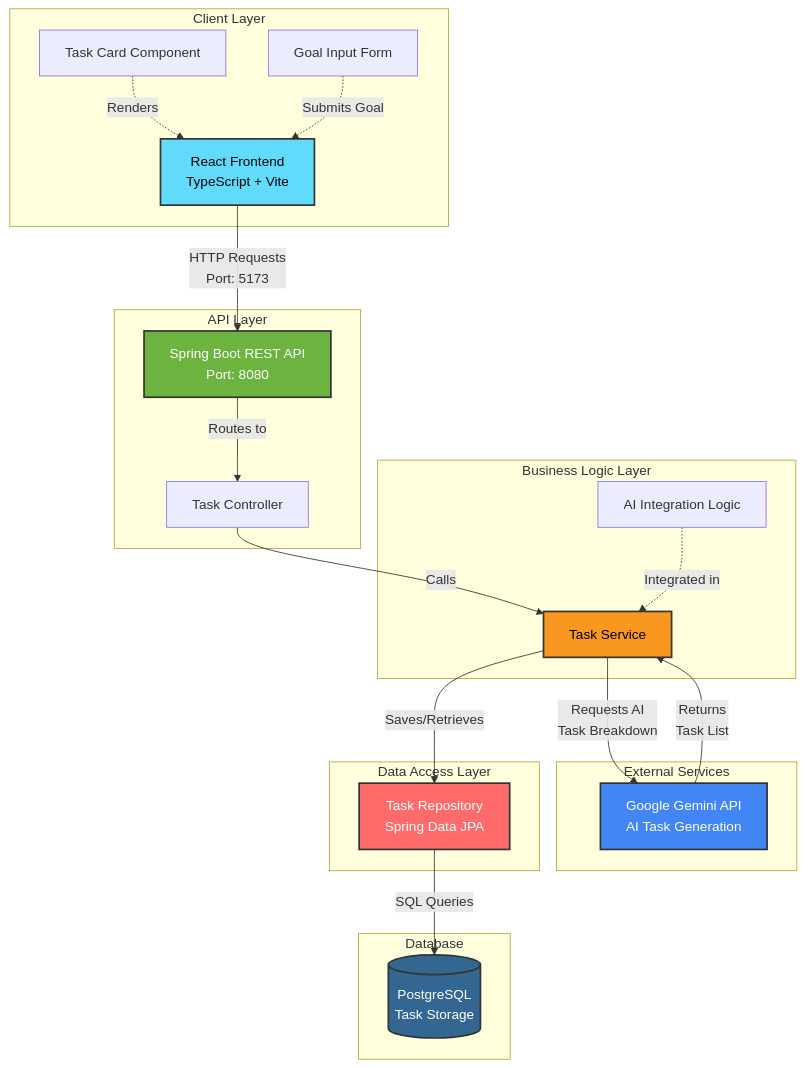
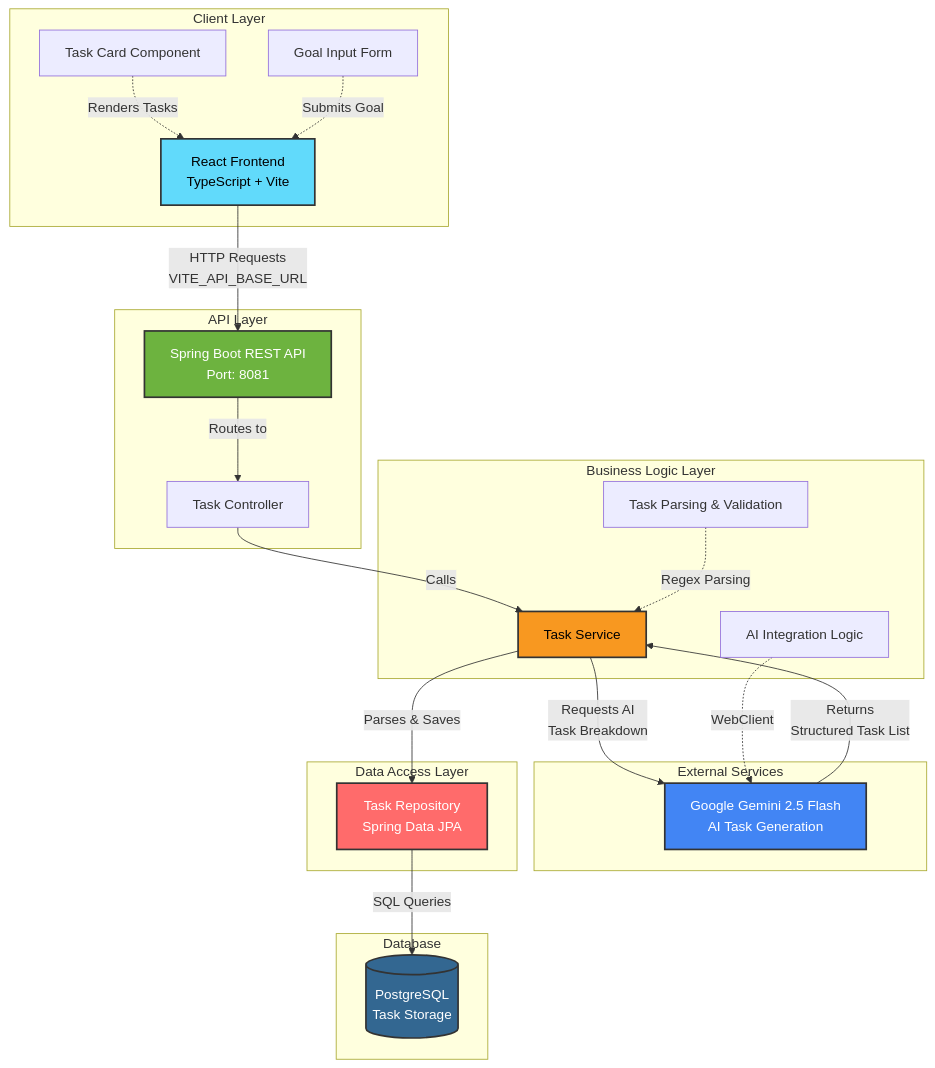
The diagram in README.md (rahulvarma2005/SmartTaskPlanner), drawn with Mermaid before and after one commit. The commit also changed other lines of this file, not shown here.

````diff
--- a/README.md
+++ b/README.md
@@ -26,48 +37,50 @@
 ```mermaid
 graph TB
     subgraph "Client Layer"
         A[React Frontend<br/>TypeScript + Vite]
         A1[Task Card Component]
         A2[Goal Input Form]
     end
     
     subgraph "API Layer"
-        B[Spring Boot REST API<br/>Port: 8080]
+        B[Spring Boot REST API<br/>Port: 8081]
         B1[Task Controller]
     end
     
     subgraph "Business Logic Layer"
         C[Task Service]
         C1[AI Integration Logic]
+        C2[Task Parsing & Validation]
     end
     
     subgraph "External Services"
-        D[Google Gemini API<br/>AI Task Generation]
+        D[Google Gemini 2.5 Flash<br/>AI Task Generation]
     end
     
     subgraph "Data Access Layer"
         E[Task Repository<br/>Spring Data JPA]
     end
     
     subgraph "Database"
         F[(PostgreSQL<br/>Task Storage)]
     end
     
-    A -->|HTTP Requests<br/>Port: 5173| B
-    A1 -.->|Renders| A
+    A -->|HTTP Requests<br/>VITE_API_BASE_URL| B
+    A1 -.->|Renders Tasks| A
     A2 -.->|Submits Goal| A
     B -->|Routes to| B1
     B1 -->|Calls| C
     C -->|Requests AI<br/>Task Breakdown| D
-    D -->|Returns<br/>Task List| C
-    C -->|Saves/Retrieves| E
+    D -->|Returns<br/>Structured Task List| C
+    C -->|Parses & Saves| E
     E -->|SQL Queries| F
-    C1 -.->|Integrated in| C
+    C1 -.->|WebClient| D
+    C2 -.->|Regex Parsing| C
     
     style A fill:#61dafb,stroke:#333,stroke-width:2px,color:#000
     style B fill:#6db33f,stroke:#333,stroke-width:2px,color:#fff
     style C fill:#f89820,stroke:#333,stroke-width:2px,color:#000
     style D fill:#4285f4,stroke:#333,stroke-width:2px,color:#fff
     style E fill:#ff6b6b,stroke:#333,stroke-width:2px,color:#fff
     style F fill:#336791,stroke:#333,stroke-width:2px,color:#fff
 ```
````
